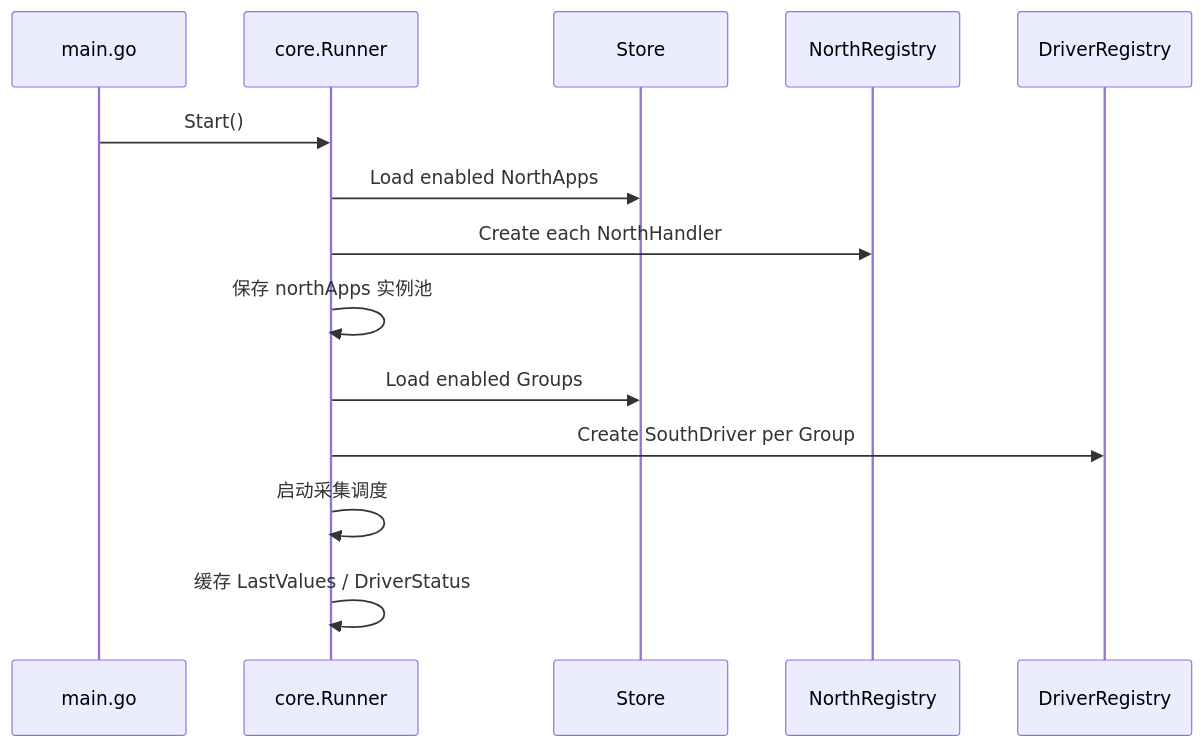
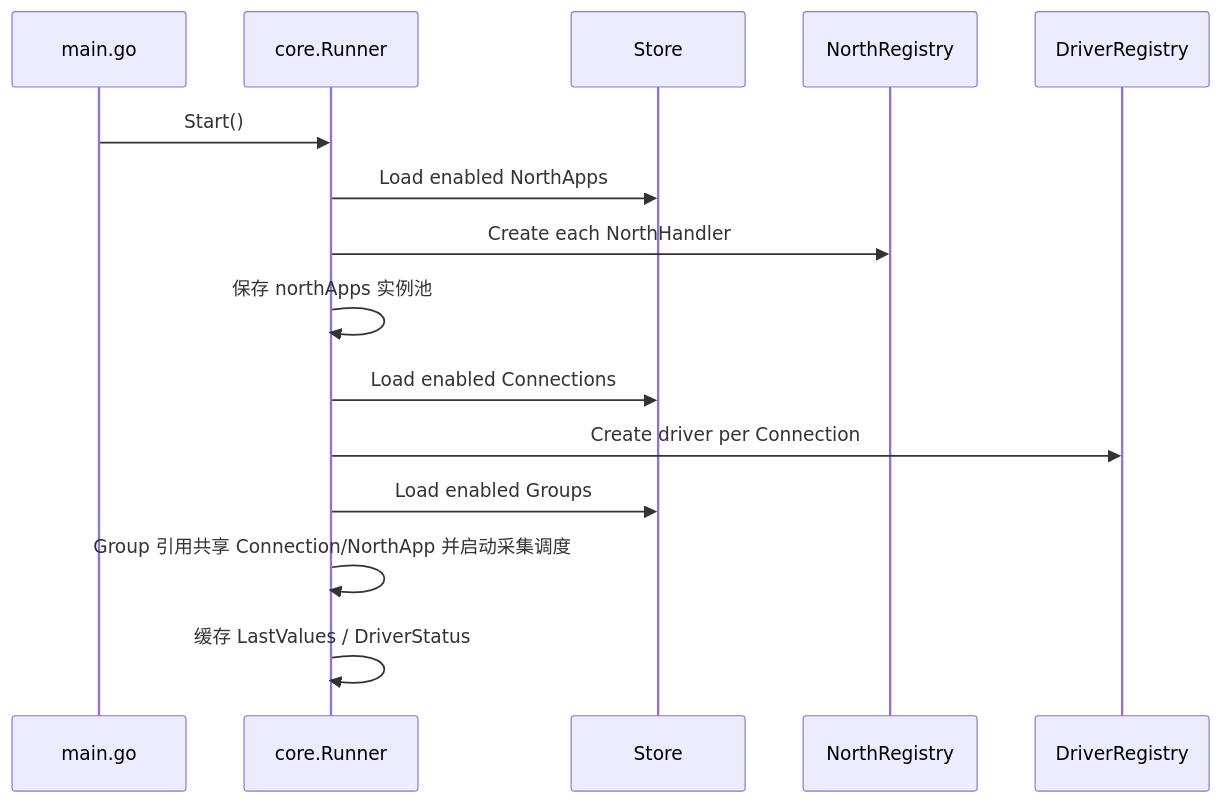
The sixth of 7 diagrams in docs/operations-center-design.md (jhzhang09/jetlinks-edge), drawn with Mermaid before and after one commit. The commit also changed other lines of this file and 27 other files, not shown here.

````diff
--- a/docs/operations-center-design.md
+++ b/docs/operations-center-design.md
@@ -508,16 +518,17 @@
 ```mermaid
 sequenceDiagram
     participant Main as main.go
     participant Runner as core.Runner
     participant Store as Store
     participant North as NorthRegistry
     participant Driver as DriverRegistry
     Main->>Runner: Start()
     Runner->>Store: Load enabled NorthApps
     Runner->>North: Create each NorthHandler
     Runner->>Runner: 保存 northApps 实例池
+    Runner->>Store: Load enabled Connections
+    Runner->>Driver: Create driver per Connection
     Runner->>Store: Load enabled Groups
-    Runner->>Driver: Create SouthDriver per Group
-    Runner->>Runner: 启动采集调度
+    Runner->>Runner: Group 引用共享 Connection/NorthApp 并启动采集调度
     Runner->>Runner: 缓存 LastValues / DriverStatus
 ```
````
